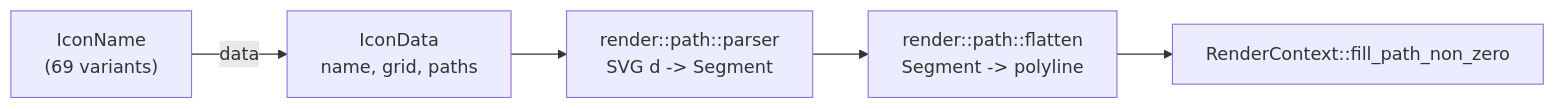
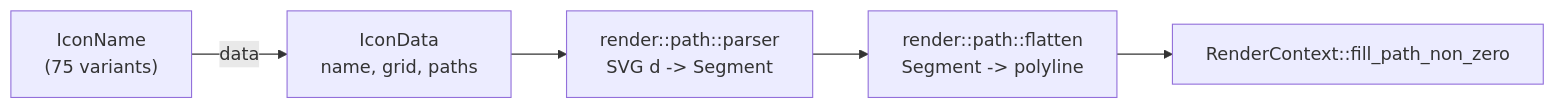
The sixth of 6 diagrams in cookbook/en/src/chapters/architecture.md (mikewolfli/rust-widgets), drawn with Mermaid before and after one commit. The commit also changed other lines of this file and 139 other files, not shown here.

````diff
--- a/cookbook/en/src/chapters/architecture.md
+++ b/cookbook/en/src/chapters/architecture.md
@@ -915,13 +915,13 @@
 ```mermaid
 graph LR
-    ENUM["IconName<br/>(69 variants)"]
+    ENUM["IconName<br/>(75 variants)"]
     DATA["IconData<br/>name, grid, paths"]
     PARSE["render::path::parser<br/>SVG d -> Segment"]
     FLAT["render::path::flatten<br/>Segment -> polyline"]
     FILL["RenderContext::fill_path_non_zero"]
 
     ENUM -->|data| DATA
     DATA --> PARSE
     PARSE --> FLAT
     FLAT --> FILL
 ```
````
